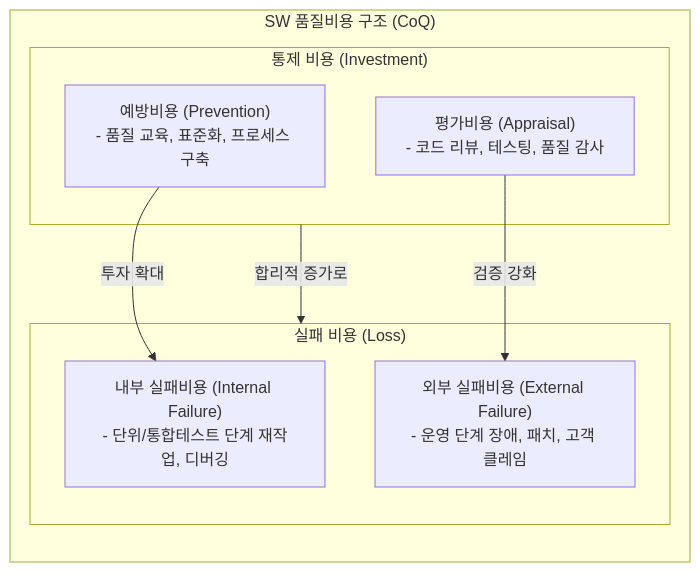
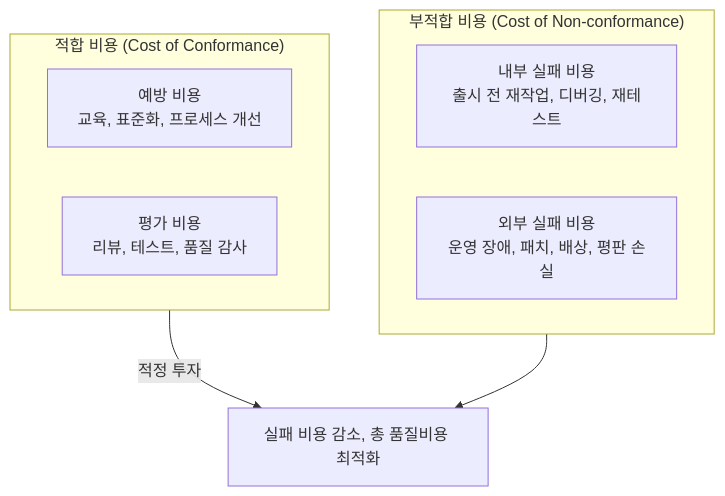
Before and after one commit to supremethumb/supremethumb.github.io: the diagram in content/01_IT Tech/SW 품질비용.md, drawn with Mermaid. The commit also changed other lines of this file and 1087 other files, not shown here.

````diff
--- a/content/01_IT Tech/SW 품질비용.md
+++ b/content/01_IT Tech/SW 품질비용.md
@@ -23,19 +36,13 @@
 ```mermaid
 flowchart TB
-    subgraph CoQ["SW 품질비용 구조 (CoQ)"]
-        direction TB
-        subgraph Control["통제 비용 (Investment)"]
-            P["예방비용 (Prevention)<br/>- 품질 교육, 표준화, 프로세스 구축"]
-            A["평가비용 (Appraisal)<br/>- 코드 리뷰, 테스팅, 품질 감사"]
-        end
-        subgraph Failure["실패 비용 (Loss)"]
-            IF["내부 실패비용 (Internal Failure)<br/>- 단위/통합테스트 단계 재작업, 디버깅"]
-            EF["외부 실패비용 (External Failure)<br/>- 운영 단계 장애, 패치, 고객 클레임"]
-        end
+    subgraph CC ["적합 비용 (Cost of Conformance)"]
+        P["예방 비용<br/>교육, 표준화, 프로세스 개선"]
+        A["평가 비용<br/>리뷰, 테스트, 품질 감사"]
     end
-
-    P -->|투자 확대| IF
-    A -->|검증 강화| EF
-    Control -->|합리적 증가로| Failure["실패 비용 급감 및 총 품질비용 최소화"]
-
+    subgraph NC ["부적합 비용 (Cost of Non-conformance)"]
+        IF["내부 실패 비용<br/>출시 전 재작업, 디버깅, 재테스트"]
+        EF["외부 실패 비용<br/>운영 장애, 패치, 배상, 평판 손실"]
+    end
+    CC -->|"적정 투자"| R["실패 비용 감소, 총 품질비용 최적화"]
+    NC --> R
 ```
````
